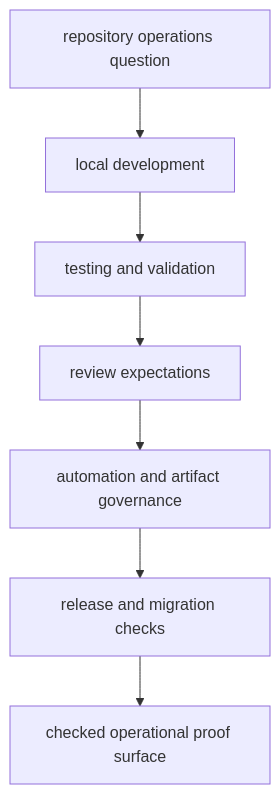
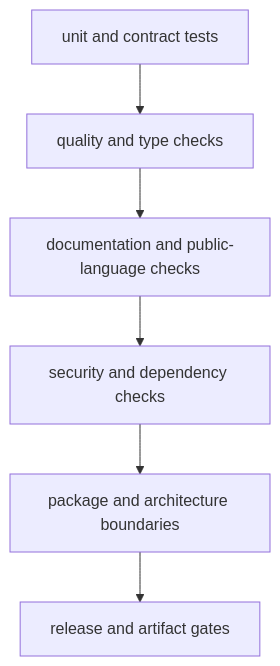
One commit to bijux/bijux-proteomics changed the second of 3 diagrams in docs/01-bijux-proteomics/operations/index.md. Above: the diagram before and after it, drawn with Mermaid. The commit also changed other lines of this file and 2 other files, not shown here.

Commit message:
docs(repository): orient readers through product evidence

````diff
--- a/docs/01-bijux-proteomics/operations/index.md
+++ b/docs/01-bijux-proteomics/operations/index.md
@@ -18,17 +46,8 @@
 ```mermaid
 flowchart TB
-    question["repository operations question"]
-    local["local development"]
-    validation["testing and validation"]
-    review["review expectations"]
-    automation["automation and artifact governance"]
-    release["release and migration checks"]
-    proof["checked operational proof surface"]
-
-    question --> local
-    local --> validation
-    validation --> review
-    review --> automation
-    automation --> release
-    release --> proof
+    U["unit and contract tests"] --> Q["quality and type checks"]
+    Q --> D["documentation and public-language checks"]
+    D --> S["security and dependency checks"]
+    S --> B["package and architecture boundaries"]
+    B --> G["release and artifact gates"]
 ```
````
